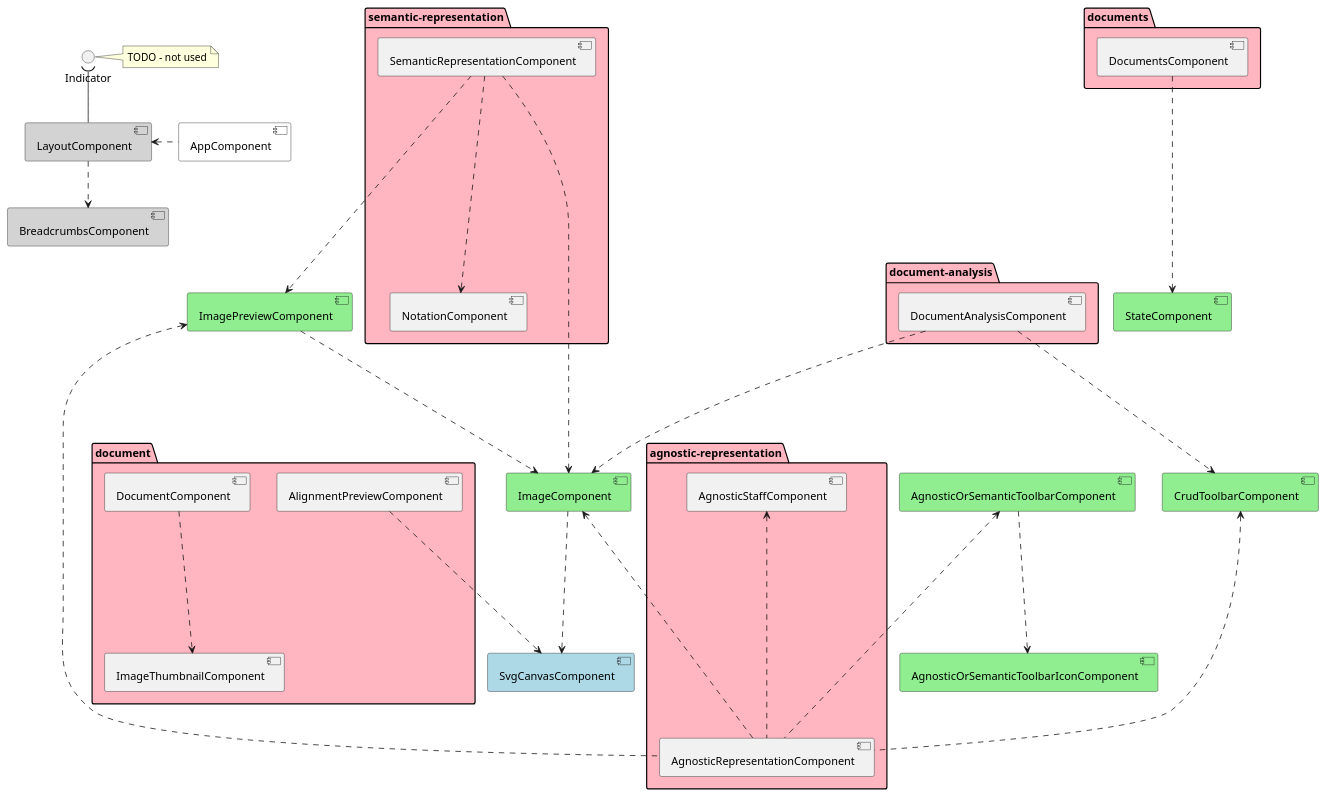
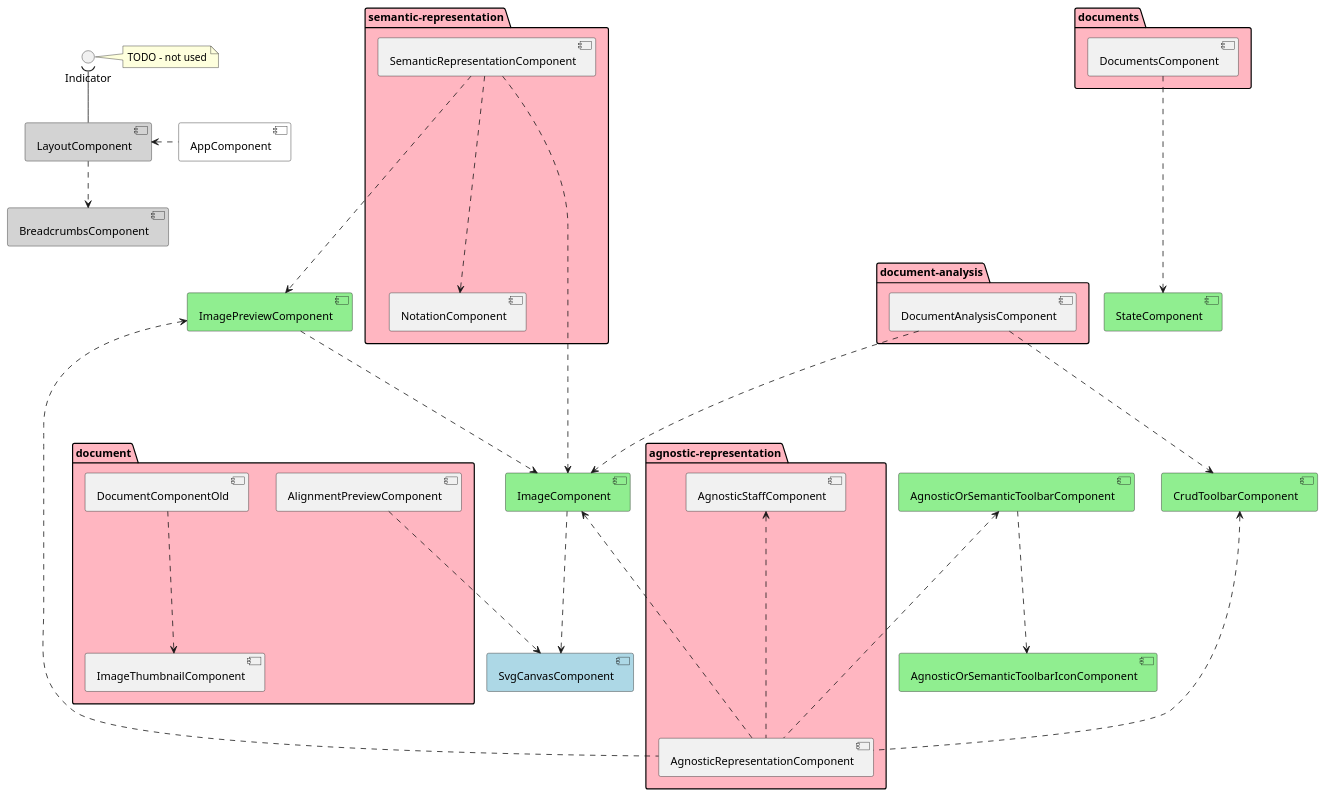
The diagram in documentation/readme.md (HISPAMUS/muret), drawn with PlantUML before and after one commit. The commit also changed other lines of this file and 41 other files, not shown here.

````diff
--- a/documentation/readme.md
+++ b/documentation/readme.md
@@ -79,74 +79,74 @@
 ```puml
 @startuml
 
 [SvgCanvasComponent] #LightBlue       
 
 [CrudToolbarComponent] #LightGreen
  
 [StateComponent] #LightGreen
  
 [AgnosticOrSemanticToolbarIconComponent] #LightGreen
 
 [AgnosticOrSemanticToolbarComponent] #LightGreen
     [AgnosticOrSemanticToolbarComponent] ....> [AgnosticOrSemanticToolbarIconComponent]
     
 [ImageComponent] #LightGreen
         [ImageComponent] ....> [SvgCanvasComponent]
     
 [ImagePreviewComponent] #LightGreen
     [ImagePreviewComponent] ....> [ImageComponent] 
     
 
 package "agnostic-representation" #LightPink {
     [AgnosticStaffComponent]
 
     [AgnosticRepresentationComponent]
         [CrudToolbarComponent] <..... [AgnosticRepresentationComponent] 
         [AgnosticStaffComponent] <..... [AgnosticRepresentationComponent] 
         [AgnosticOrSemanticToolbarComponent] <..... [AgnosticRepresentationComponent] 
         [ImagePreviewComponent] <..... [AgnosticRepresentationComponent] 
         [ImageComponent] <..... [AgnosticRepresentationComponent]
         
 }    
 package "document" #LightPink {
     [AlignmentPreviewComponent]
         [AlignmentPreviewComponent] ....> [SvgCanvasComponent]
         
     [ImageThumbnailComponent]
 
-    [DocumentComponent]
-        [DocumentComponent] ....> [ImageThumbnailComponent]        
+    [DocumentComponentOld]
+        [DocumentComponentOld] ....> [ImageThumbnailComponent]        
 }       
 package "document-analysis" #LightPink {
     [DocumentAnalysisComponent]
         [DocumentAnalysisComponent] ....> [CrudToolbarComponent]
         [DocumentAnalysisComponent] ....> [ImageComponent]
 
 }         
 package "documents" #LightPink {
     [DocumentsComponent]
         [DocumentsComponent] ....> [StateComponent]
 }     
 
 package "semantic-representation" #LightPink {
     [NotationComponent]
     
     [SemanticRepresentationComponent] 
         [SemanticRepresentationComponent] ....> [ImagePreviewComponent]
         [SemanticRepresentationComponent] ....> [ImageComponent]
         [SemanticRepresentationComponent] ....> [NotationComponent]
 }                               
 
 [BreadcrumbsComponent] #LightGray
 
 [LayoutComponent] #LightGray    
     () "Indicator" as layout.Indicator
     layout.Indicator )-- [LayoutComponent]
     [LayoutComponent] .down.> BreadcrumbsComponent
 
 [AppComponent] #White
 [AppComponent] .left.> [LayoutComponent]
 
 note right of layout.Indicator : TODO - not used
 @enduml
 ```
````
